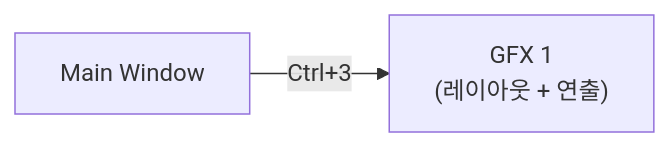
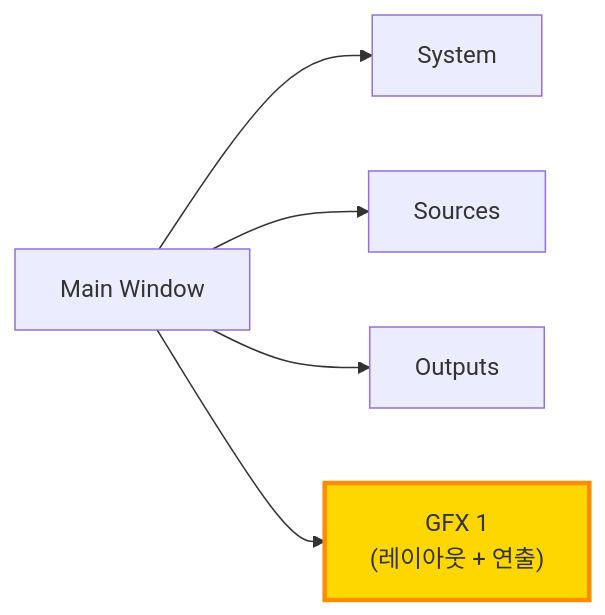
The eighth of 14 diagrams in docs/01_PokerGFX_Analysis/PRD-0004-EBS-Server-UI-Design.md (garimto81/ebs), drawn with Mermaid before and after one commit. The commit also changed other lines of this file, not shown here.

First line of the commit message:
docs(prd-0004): 탭 순서 재정의 및 Ctrl+ 단축키 제거 (v20.0.0)

````diff
--- a/docs/01_PokerGFX_Analysis/PRD-0004-EBS-Server-UI-Design.md
+++ b/docs/01_PokerGFX_Analysis/PRD-0004-EBS-Server-UI-Design.md
@@ -487,4 +599,13 @@
 ```mermaid
 flowchart LR
-    MW["Main Window"] -->|"Ctrl+3"| GFX1["GFX 1<br/>(레이아웃 + 연출)"]
+    MW["Main Window"]
+    SYS["System"]
+    SRC["Sources"]
+    OUT["Outputs"]
+    GFX1["GFX 1<br/>(레이아웃 + 연출)"]
+    style GFX1 fill:#FFD700,stroke:#FF8C00,stroke-width:3px
+    MW --> SYS
+    MW --> SRC
+    MW --> OUT
+    MW --> GFX1
 ```
````
